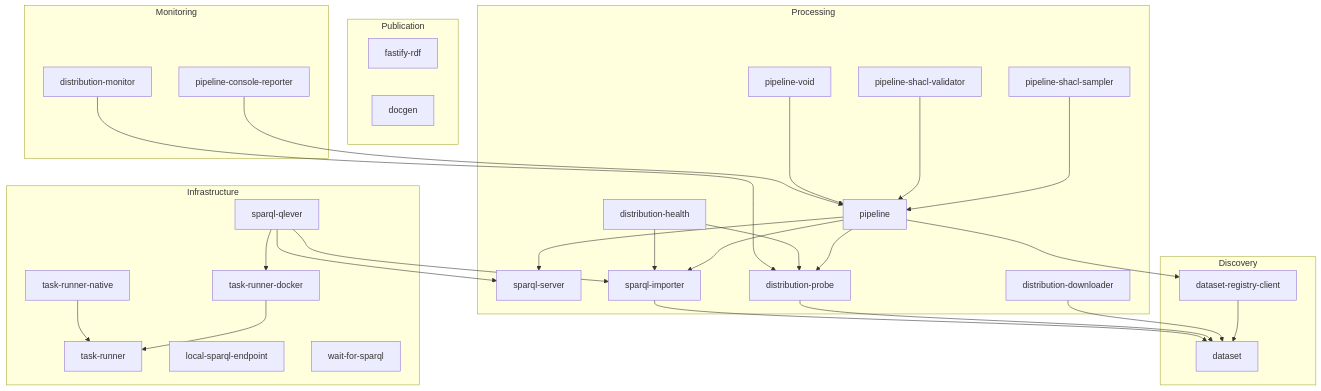
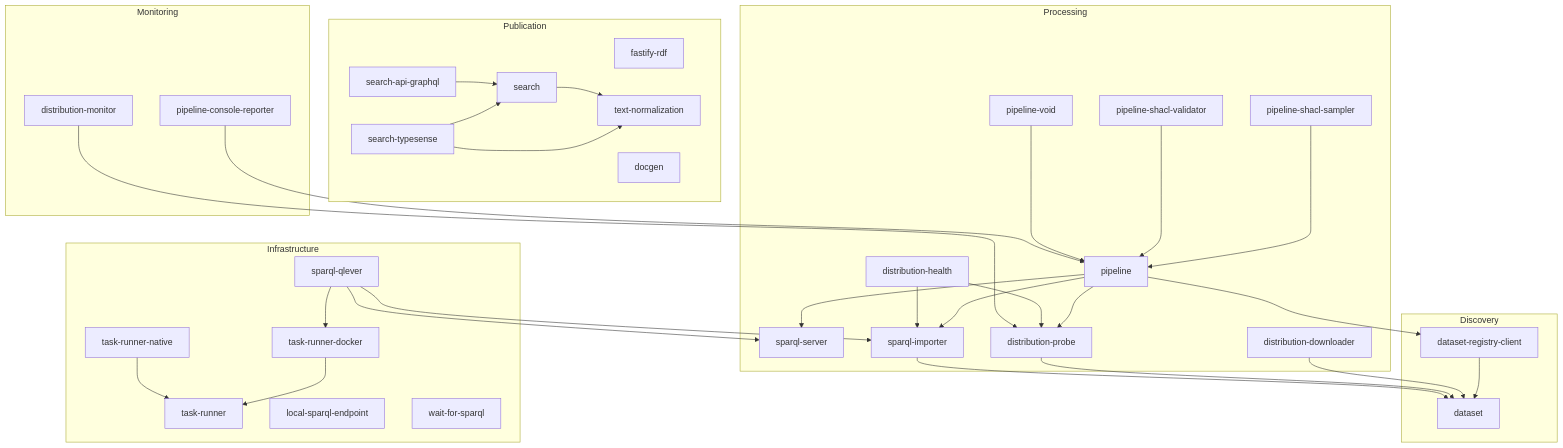
Before and after one commit to ldelements/lde: the diagram in README.md, drawn with Mermaid. The commit also changed other lines of this file, not shown here.

First line of the commit message:
docs(readme): add search packages to the packages table and diagram

````diff
--- a/README.md
+++ b/README.md
@@ -207,43 +212,47 @@
 ```mermaid
 graph TD
   subgraph Discovery
     dataset
     dataset-registry-client --> dataset
   end
 
   subgraph Processing
     pipeline --> dataset-registry-client
     pipeline --> sparql-server
     pipeline --> sparql-importer
     pipeline-shacl-sampler --> pipeline
     pipeline-shacl-validator --> pipeline
     pipeline-void --> pipeline
     distribution-downloader --> dataset
     distribution-probe --> dataset
     pipeline --> distribution-probe
     sparql-importer --> dataset
     distribution-health --> distribution-probe
     distribution-health --> sparql-importer
   end
 
   subgraph Publication
     fastify-rdf
     docgen
+    search --> text-normalization
+    search-api-graphql --> search
+    search-typesense --> search
+    search-typesense --> text-normalization
   end
 
   subgraph Monitoring
     pipeline-console-reporter --> pipeline
     distribution-monitor --> distribution-probe
   end
 
   subgraph Infrastructure
     sparql-qlever --> sparql-importer
     sparql-qlever --> sparql-server
     sparql-qlever --> task-runner-docker
     task-runner-docker --> task-runner
     task-runner-native --> task-runner
     sparql-server
     local-sparql-endpoint
     wait-for-sparql
   end
 ```
````
